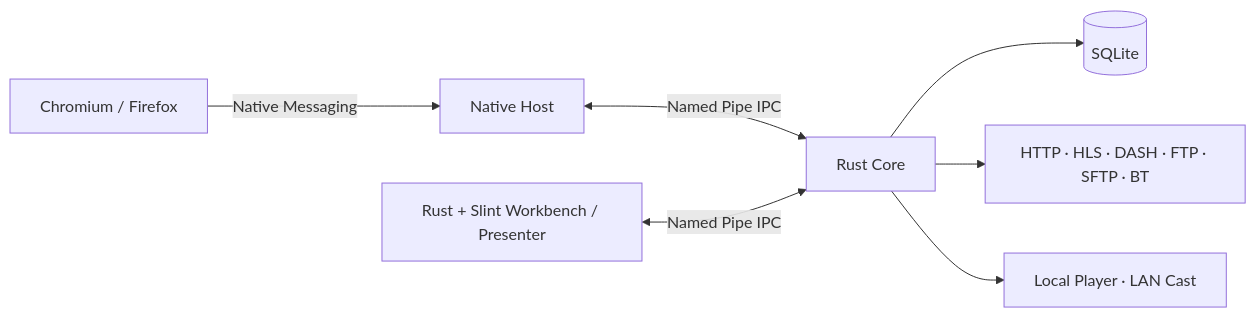
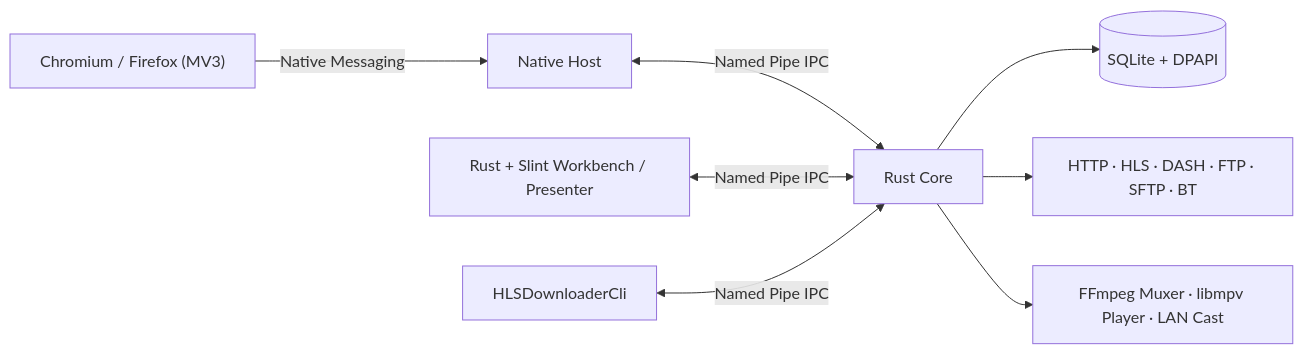
One commit to ciaooo55/hls-downloader changed the diagram in README_EN.md. Above: the diagram before and after it, drawn with Mermaid. The commit also changed other lines of this file and 98 other files, not shown here.

````diff
--- a/README_EN.md
+++ b/README_EN.md
@@ -99,9 +93,10 @@
 ```mermaid
 flowchart LR
-    B["Chromium / Firefox"] -->|Native Messaging| H["Native Host"]
+    B["Chromium / Firefox (MV3)"] -->|Native Messaging| H["Native Host"]
     H <-->|Named Pipe IPC| C["Rust Core"]
     UI["Rust + Slint Workbench / Presenter"] <-->|Named Pipe IPC| C
-    C --> DB[(SQLite)]
+    CLI["HLSDownloaderCli"] <-->|Named Pipe IPC| C
+    C --> DB[(SQLite + DPAPI)]
     C --> E["HTTP · HLS · DASH · FTP · SFTP · BT"]
-    C --> M["Local Player · LAN Cast"]
+    C --> M["FFmpeg Muxer · libmpv Player · LAN Cast"]
 ```
````
